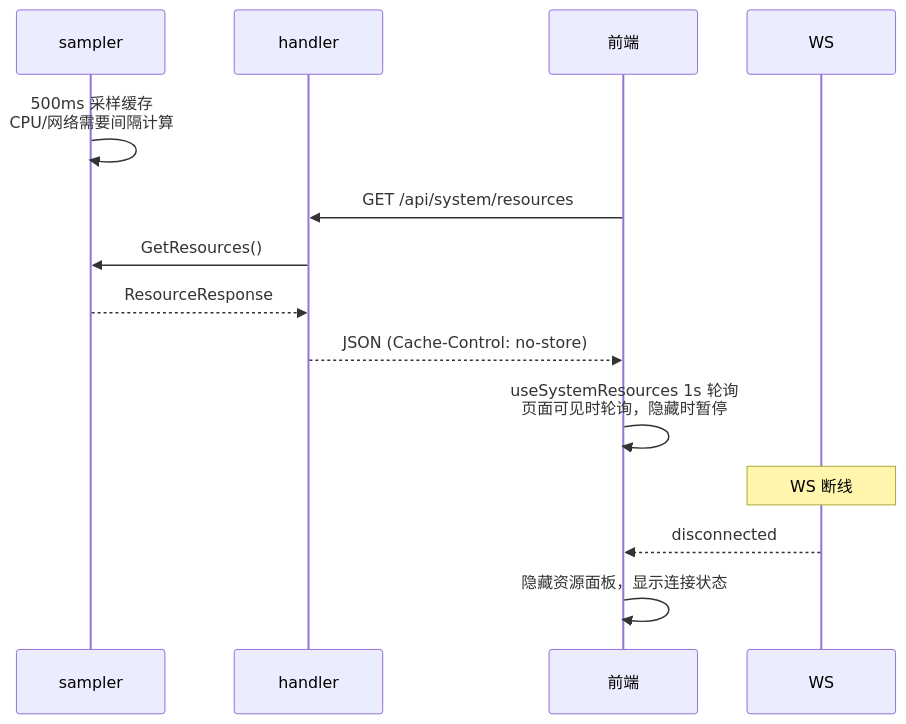
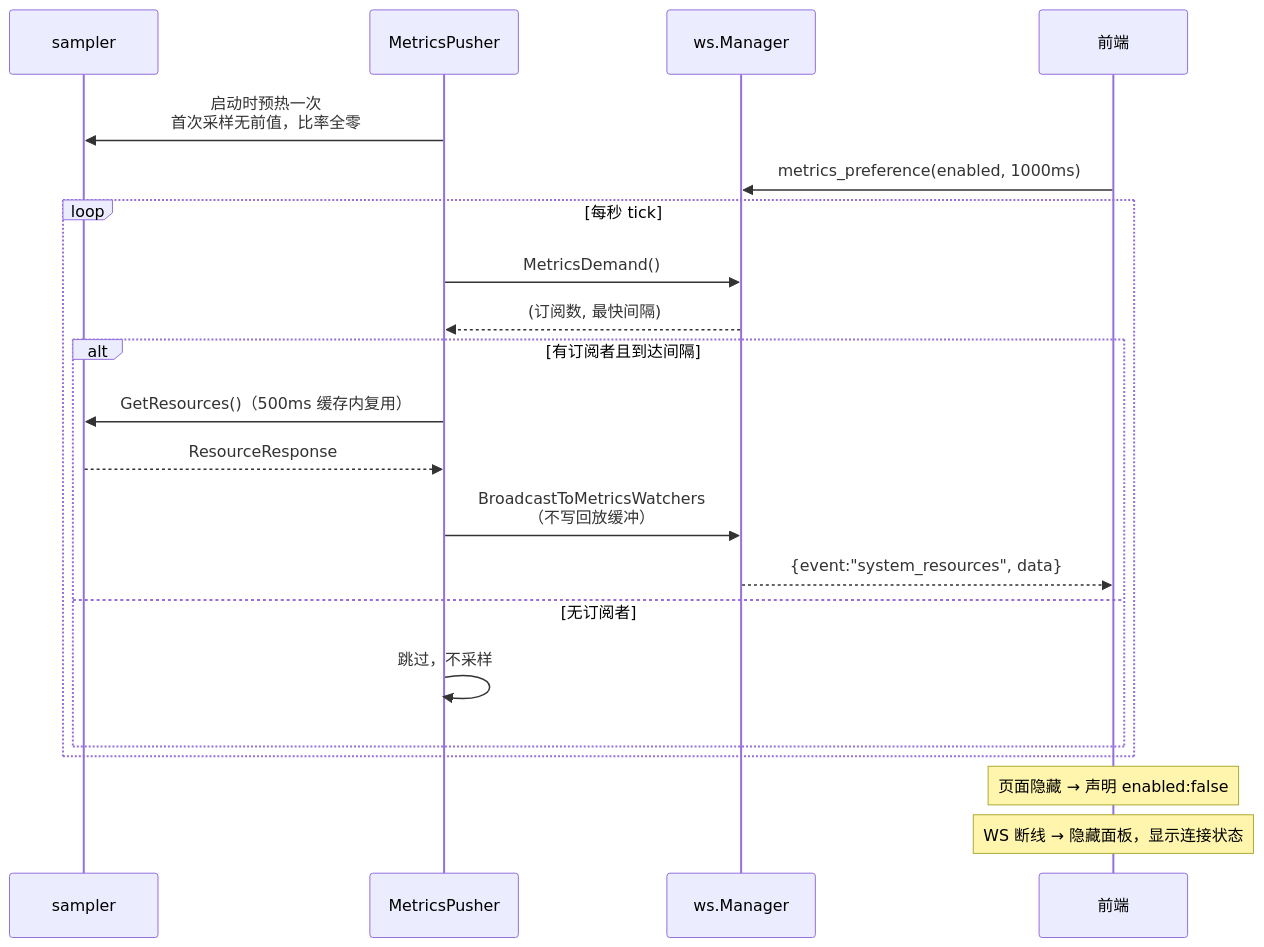
The diagram in docs/spec/features/system-resources.md (clawbench-dev/clawbench), drawn with Mermaid before and after one commit. The commit also changed other lines of this file and 22 other files, not shown here.

````diff
--- a/docs/spec/features/system-resources.md
+++ b/docs/spec/features/system-resources.md
@@ -9,18 +9,25 @@
 ```mermaid
 sequenceDiagram
     participant sampler
-    participant handler
+    participant MetricsPusher
+    participant ws.Manager
     participant 前端
-    participant WS
 
-    sampler->>sampler: 500ms 采样缓存<br/>CPU/网络需要间隔计算
-    前端->>handler: GET /api/system/resources
-    handler->>sampler: GetResources()
-    sampler-->>handler: ResourceResponse
-    handler-->>前端: JSON (Cache-Control: no-store)
-    前端->>前端: useSystemResources 1s 轮询<br/>页面可见时轮询，隐藏时暂停
+    MetricsPusher->>sampler: 启动时预热一次<br/>首次采样无前值，比率全零
+    前端->>ws.Manager: metrics_preference(enabled, 1000ms)
+    loop 每秒 tick
+        MetricsPusher->>ws.Manager: MetricsDemand()
+        ws.Manager-->>MetricsPusher: (订阅数, 最快间隔)
+        alt 有订阅者且到达间隔
+            MetricsPusher->>sampler: GetResources()（500ms 缓存内复用）
+            sampler-->>MetricsPusher: ResourceResponse
+            MetricsPusher->>ws.Manager: BroadcastToMetricsWatchers<br/>（不写回放缓冲）
+            ws.Manager-->>前端: {event:"system_resources", data}
+        else 无订阅者
+            MetricsPusher->>MetricsPusher: 跳过，不采样
+        end
+    end
 
-    Note over WS: WS 断线
-    WS-->>前端: disconnected
-    前端->>前端: 隐藏资源面板，显示连接状态
+    Note over 前端: 页面隐藏 → 声明 enabled:false
+    Note over 前端: WS 断线 → 隐藏面板，显示连接状态
 ```
````
